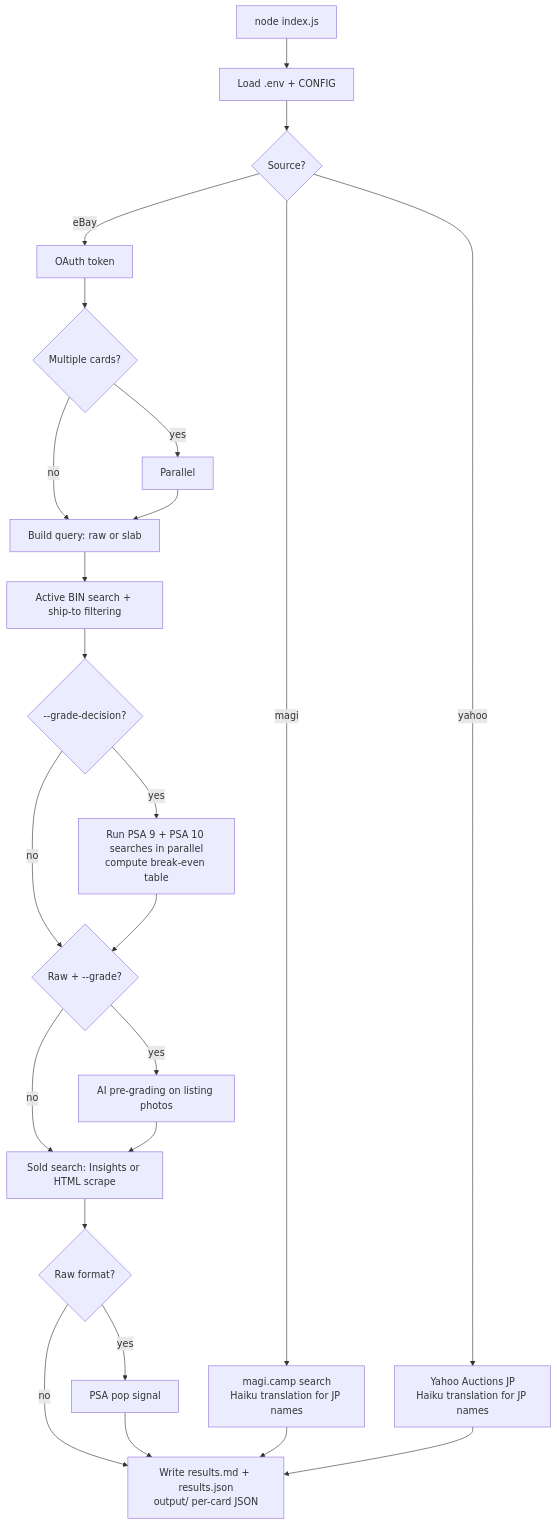
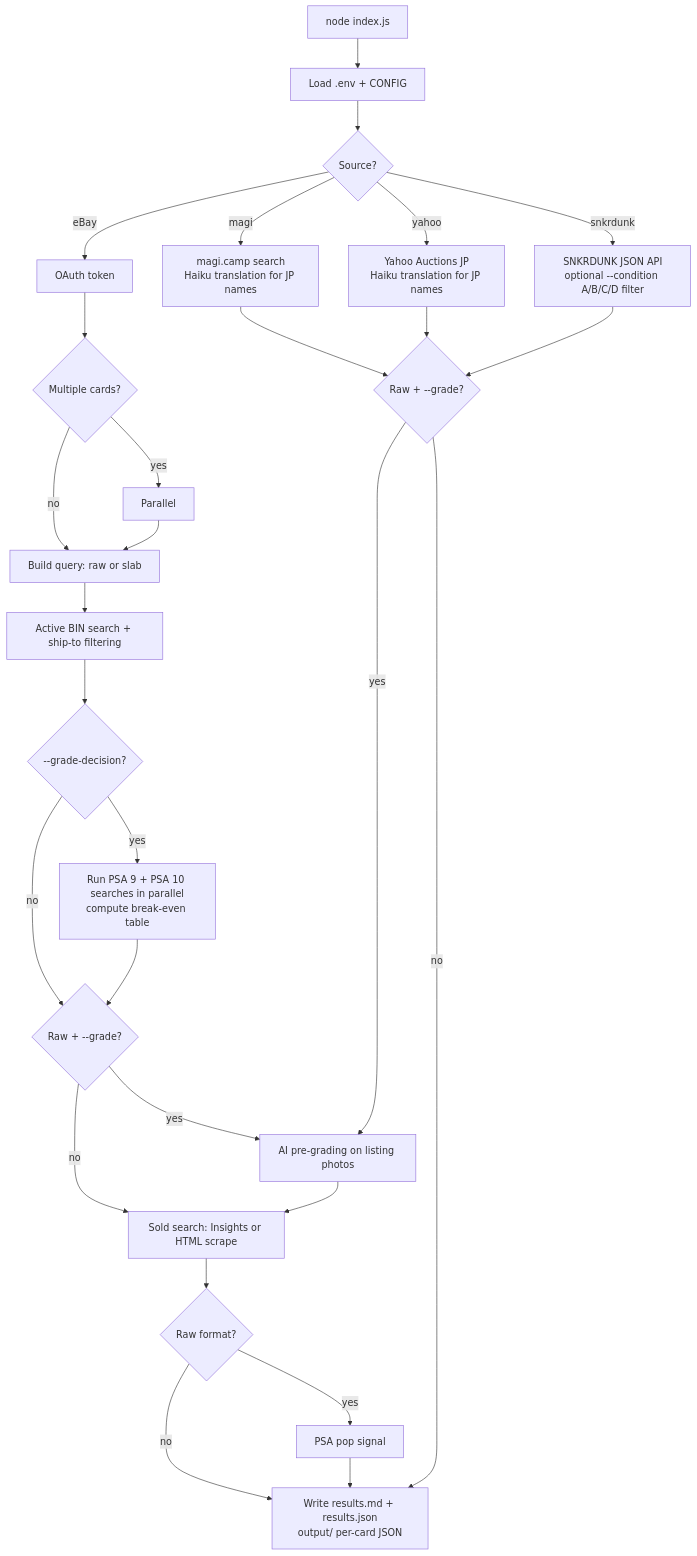
Before and after one commit to Pyronewbic/casecomp: the first of 2 diagrams in README.md, drawn with Mermaid. The commit also changed other lines of this file and 4 other files, not shown here.

````diff
--- a/README.md
+++ b/README.md
@@ -180,27 +182,31 @@
 ```mermaid
 flowchart TD
   A[node index.js] --> B[Load .env + CONFIG]
   B --> C{Source?}
   C -->|eBay| D[OAuth token]
   C -->|magi| M[magi.camp search\nHaiku translation for JP names]
   C -->|yahoo| Y[Yahoo Auctions JP\nHaiku translation for JP names]
+  C -->|snkrdunk| S[SNKRDUNK JSON API\noptional --condition A/B/C/D filter]
   D --> E{Multiple cards?}
   E -->|yes| P[Parallel]
   E -->|no| F
   P --> F[Build query: raw or slab]
   F --> G[Active BIN search + ship-to filtering]
   G --> GD{--grade-decision?}
   GD -->|yes| GD2[Run PSA 9 + PSA 10 searches in parallel\ncompute break-even table]
   GD -->|no| H
   GD2 --> H
   H{Raw + --grade?}
   H -->|yes| I[AI pre-grading on listing photos]
   H -->|no| J[Sold search: Insights or HTML scrape]
   I --> J
   J --> K{Raw format?}
   K -->|yes| L[PSA pop signal]
   K -->|no| N
   L --> N[Write results.md + results.json\noutput/ per-card JSON]
-  M --> N
-  Y --> N
+  M --> AI{Raw + --grade?}
+  Y --> AI
+  S --> AI
+  AI -->|yes| I
+  AI -->|no| N
 ```
````
